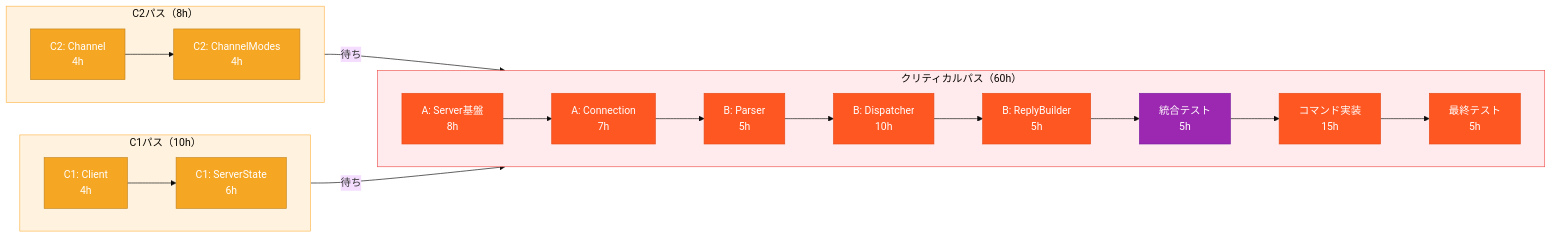
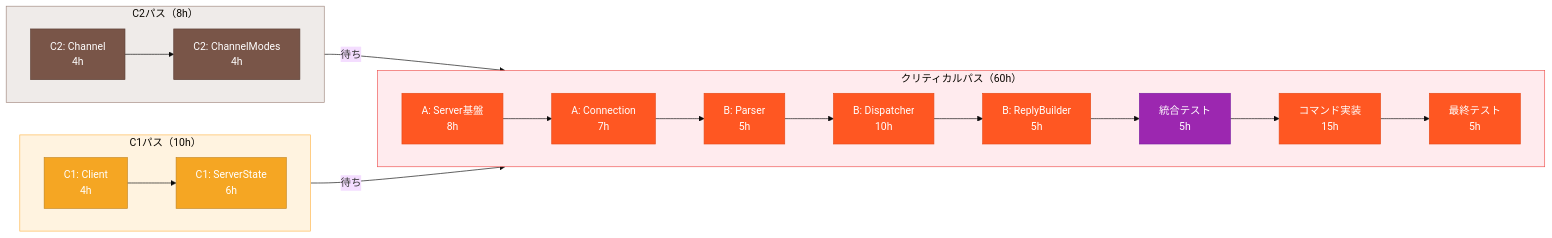
Before and after one commit to tototec1234/IRC: the third of 4 diagrams in dev_docs/diagrams/timeline_diagram.md, drawn with Mermaid (base theme). The commit also changed other lines of this file and 26 other files, not shown here.

````diff
--- a/dev_docs/diagrams/timeline_diagram.md
+++ b/dev_docs/diagrams/timeline_diagram.md
@@ -102,43 +102,43 @@
 ```mermaid
 flowchart LR
     subgraph CRITICAL["クリティカルパス（60h）"]
         direction LR
         A1["A: Server基盤<br/>8h"] --> A2["A: Connection<br/>7h"]
         A2 --> B1["B: Parser<br/>5h"]
         B1 --> B2["B: Dispatcher<br/>10h"]
         B2 --> B3["B: ReplyBuilder<br/>5h"]
         B3 --> INT["統合テスト<br/>5h"]
         INT --> CMD["コマンド実装<br/>15h"]
         CMD --> TEST["最終テスト<br/>5h"]
     end
 
     subgraph PARALLEL_C1["C1パス（10h）"]
         direction LR
         C1_1["C1: Client<br/>4h"] --> C1_2["C1: ServerState<br/>6h"]
     end
 
     subgraph PARALLEL_C2["C2パス（8h）"]
         direction LR
         C2_1["C2: Channel<br/>4h"] --> C2_2["C2: ChannelModes<br/>4h"]
     end
 
     C1_2 -->|"待ち"| INT
     C2_2 -->|"待ち"| INT
 
     style CRITICAL fill:#FFEBEE,stroke:#EF5350
     style A1 fill:#FF5722,stroke:#E64A19,color:#fff
     style A2 fill:#FF5722,stroke:#E64A19,color:#fff
     style B1 fill:#FF5722,stroke:#E64A19,color:#fff
     style B2 fill:#FF5722,stroke:#E64A19,color:#fff
     style B3 fill:#FF5722,stroke:#E64A19,color:#fff
     style INT fill:#9C27B0,stroke:#7B1FA2,color:#fff
     style CMD fill:#FF5722,stroke:#E64A19,color:#fff
     style TEST fill:#FF5722,stroke:#E64A19,color:#fff
     
     style PARALLEL_C1 fill:#FFF3E0,stroke:#FFB74D
-    style PARALLEL_C2 fill:#FFF3E0,stroke:#FFB74D
+    style PARALLEL_C2 fill:#EFEBE9,stroke:#A1887F
     style C1_1 fill:#F5A623,stroke:#C4841C,color:#fff
     style C1_2 fill:#F5A623,stroke:#C4841C,color:#fff
-    style C2_1 fill:#F5A623,stroke:#C4841C,color:#fff
-    style C2_2 fill:#F5A623,stroke:#C4841C,color:#fff
+    style C2_1 fill:#795548,stroke:#5D4037,color:#fff
+    style C2_2 fill:#795548,stroke:#5D4037,color:#fff
 ```
````
